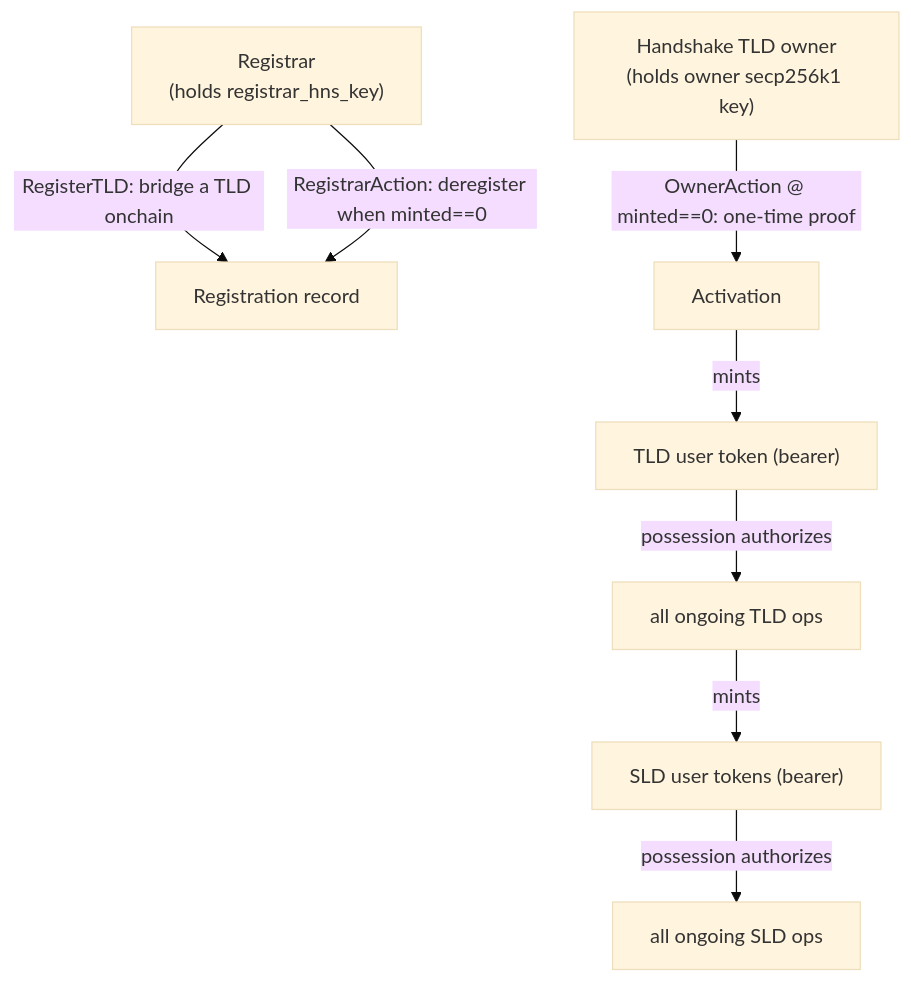
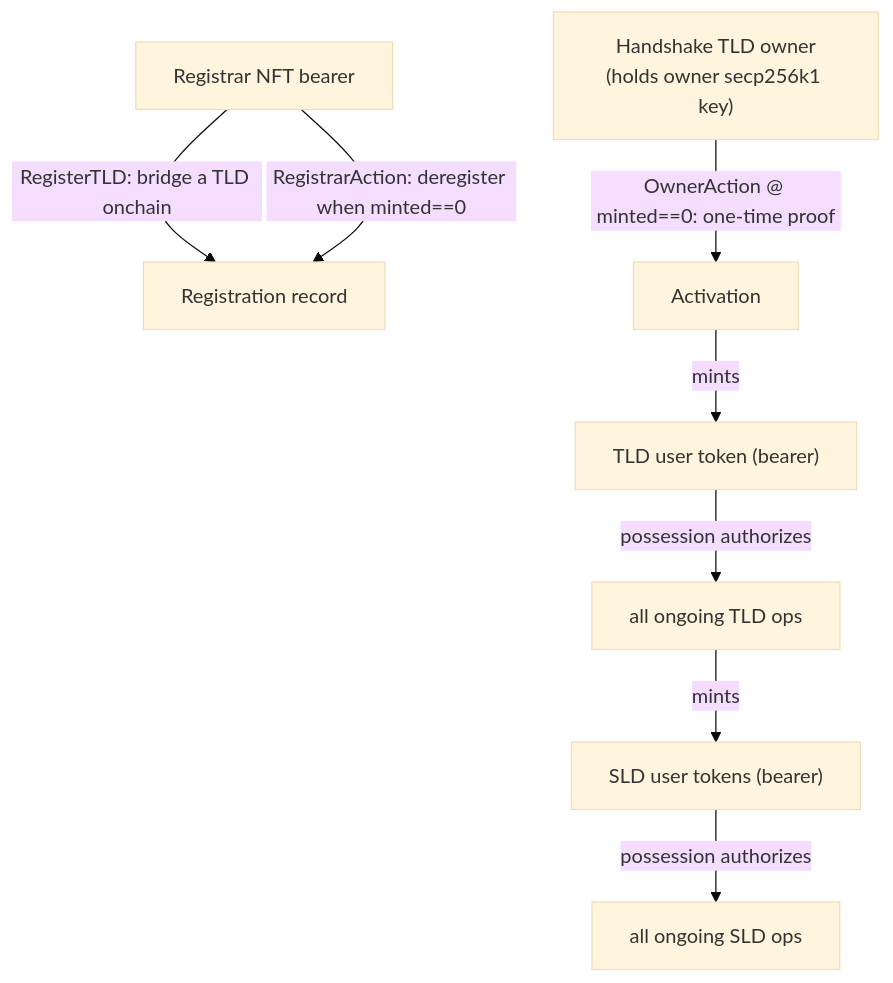
Diagram 14 of 14 in docs/architecture/smart-contract-architecture.md (blinklabs-io/dns-contracts), drawn with Mermaid (base theme) before and after one commit. The commit also changed other lines of this file and 20 other files, not shown here.

First line of the commit message:
Registrar NFT auth, OwnerAction signature binding, and minted==1 boundary fixes (#21)

````diff
--- a/docs/architecture/smart-contract-architecture.md
+++ b/docs/architecture/smart-contract-architecture.md
@@ -712,10 +738,10 @@
 ```mermaid
 flowchart TD
-    R["Registrar<br/>(holds registrar_hns_key)"] -->|"RegisterTLD: bridge a TLD onchain"| REG["Registration record"]
+    R["Registrar NFT bearer"] -->|"RegisterTLD: bridge a TLD onchain"| REG["Registration record"]
     R -->|"RegistrarAction: deregister when minted==0"| REG
     O["Handshake TLD owner<br/>(holds owner secp256k1 key)"] -->|"OwnerAction @ minted==0: one-time proof"| ACT["Activation"]
     ACT -->|"mints"| UT["TLD user token (bearer)"]
     UT -->|"possession authorizes"| OPS["all ongoing TLD ops"]
     OPS -->|"mints"| SUT["SLD user tokens (bearer)"]
     SUT -->|"possession authorizes"| SOPS["all ongoing SLD ops"]
 ```
````
